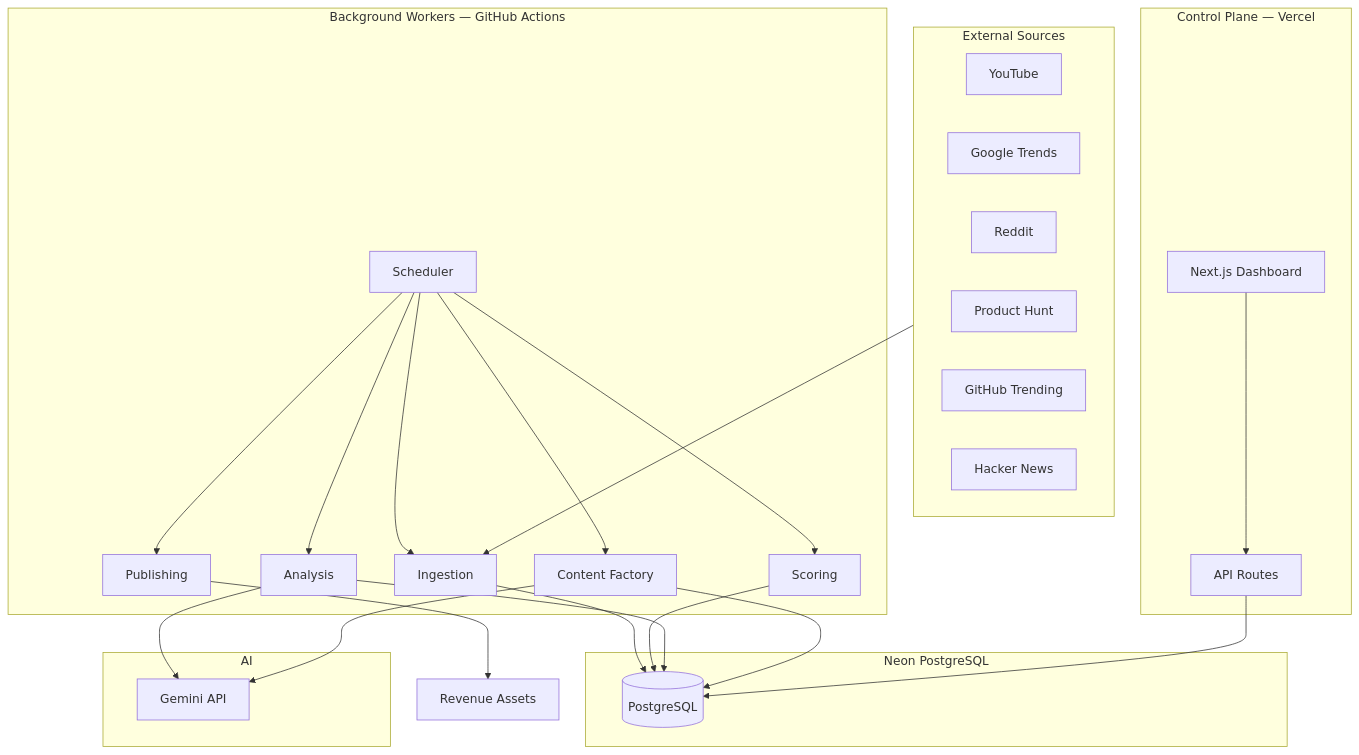
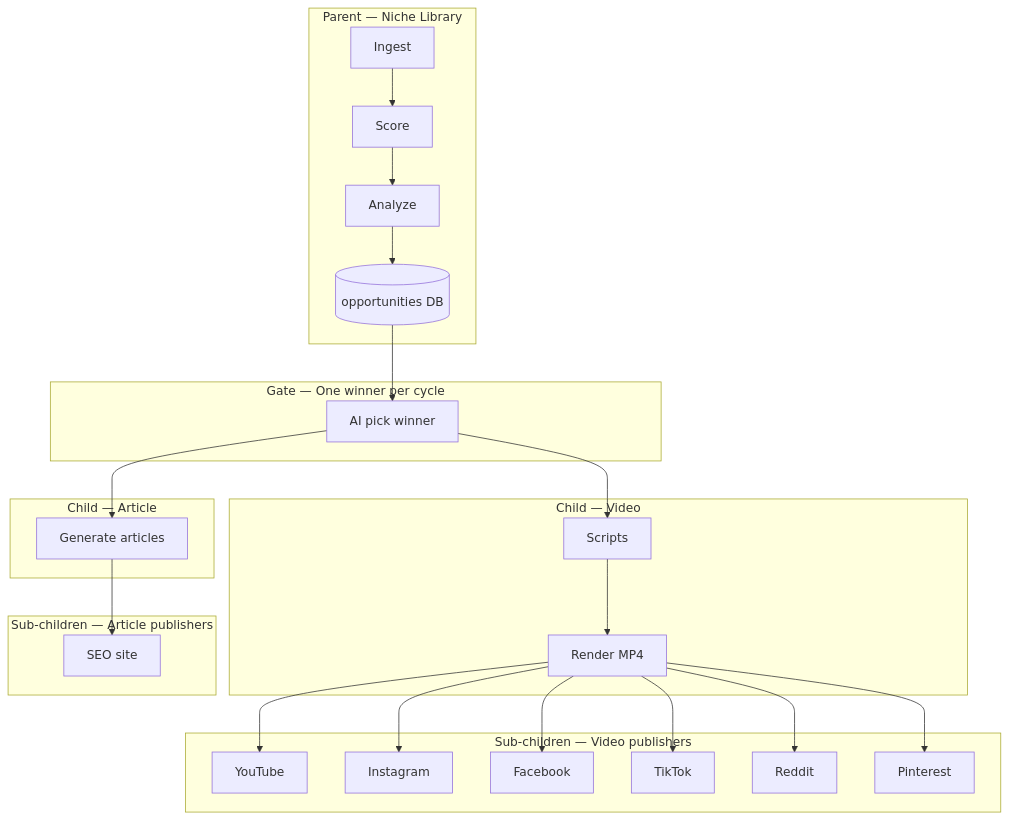
The diagram in ARCHITECTURE.md (parthooo/Autopilot-Media-Engine), drawn with Mermaid before and after one commit. The commit also changed other lines of this file and 23 other files, not shown here.

````diff
--- a/ARCHITECTURE.md
+++ b/ARCHITECTURE.md
@@ -11,40 +13,42 @@
 ```mermaid
 flowchart TB
-    subgraph Sources["External Sources"]
-        YT[YouTube]
-        GT[Google Trends]
-        RD[Reddit]
-        PH[Product Hunt]
-        GH[GitHub Trending]
-        HN[Hacker News]
+    subgraph Parent["Parent — Niche Library"]
+        INGEST[Ingest]
+        SCORE[Score]
+        ANALYZE[Analyze]
+        LIB[(opportunities DB)]
     end
 
-    subgraph ControlPlane["Control Plane — Vercel"]
-        WEB[Next.js Dashboard]
-        API[API Routes]
+    subgraph Gate["Gate — One winner per cycle"]
+        PICK[AI pick winner]
     end
 
-    subgraph Workers["Background Workers — GitHub Actions"]
-        CRON[Scheduler]
-        INGEST[Ingestion]
-        SCORE[Scoring]
-        AI[Analysis]
-        FACTORY[Content Factory]
-        PUB[Publishing]
+    subgraph VideoChild["Child — Video"]
+        VSCRIPT[Scripts]
+        VRENDER[Render MP4]
     end
 
-    subgraph Data["Neon PostgreSQL"]
-        DB[(PostgreSQL)]
+    subgraph ArticleChild["Child — Article"]
+        AWRITE[Generate articles]
     end
 
-    subgraph Intelligence["AI"]
-        GEM[Gemini API]
+    subgraph VideoPub["Sub-children — Video publishers"]
+        YT[YouTube]
+        IG[Instagram]
+        FB[Facebook]
+        TT[TikTok]
+        RD[Reddit]
+        PIN[Pinterest]
     end
 
-    Sources --> INGEST
-    CRON --> INGEST & SCORE & AI & FACTORY & PUB
-    INGEST & SCORE & AI & FACTORY --> DB
-    AI & FACTORY --> GEM
-    PUB --> Assets[Revenue Assets]
-    WEB --> API --> DB
+    subgraph ArticlePub["Sub-children — Article publishers"]
+        SITE[SEO site]
+    end
+
+    INGEST --> SCORE --> ANALYZE --> LIB
+    LIB --> PICK
+    PICK --> VSCRIPT --> VRENDER
+    PICK --> AWRITE
+    VRENDER --> YT & IG & FB & TT & RD & PIN
+    AWRITE --> SITE
 ```
````
